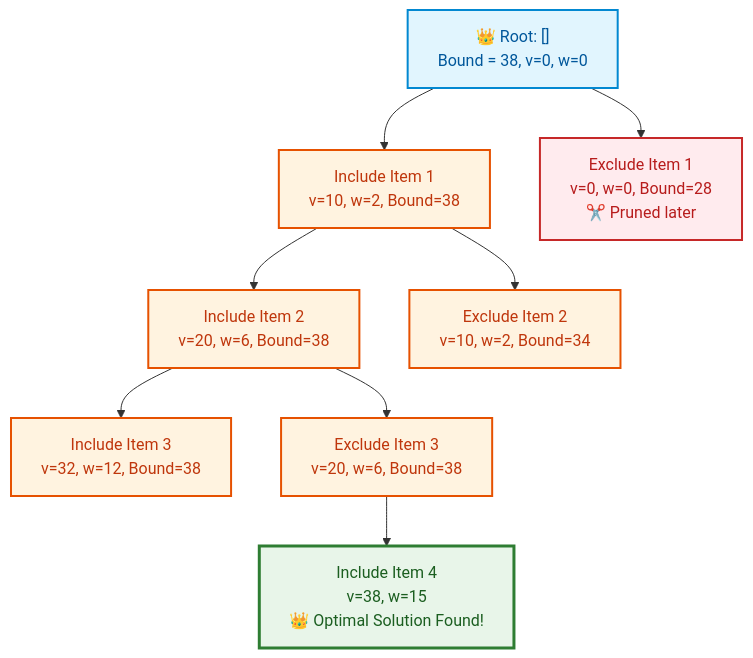
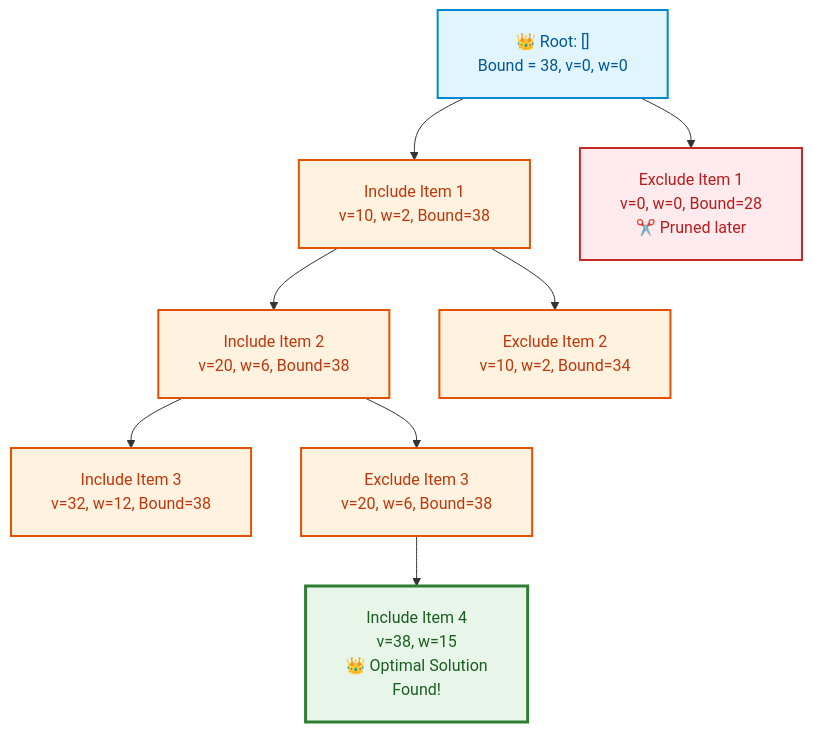
The fifth of 5 diagrams in week_13_backtracking_and_branch_bound/Week_13_Visual_Concepts_Playbook_HYBRID.md (dip4k/DSA_102), drawn with Mermaid before and after one commit. The commit also changed other lines of this file and 108 other files, not shown here.

First line of the commit message:
fix(mermaid): resolve diagram clipping, padding, and syntax issues across repo

````diff
--- a/week_13_backtracking_and_branch_bound/Week_13_Visual_Concepts_Playbook_HYBRID.md
+++ b/week_13_backtracking_and_branch_bound/Week_13_Visual_Concepts_Playbook_HYBRID.md
@@ -1342,30 +1346,31 @@
 ```mermaid
+%%{init: {"flowchart": {"htmlLabels": true, "padding": 20}}}%%
 graph TD
     classDef rootNode fill:#e1f5fe,stroke:#0288d1,stroke-width:2px,color:#01579b
     classDef branch fill:#fff3e0,stroke:#e65100,stroke-width:2px,color:#bf360c
     classDef bestNode fill:#e8f5e9,stroke:#2e7d32,stroke-width:3px,color:#1b5e20
     classDef prunedNode fill:#ffebee,stroke:#c62828,stroke-width:2px,color:#b71c1c
 
     Root["👑 Root: []<br/>Bound = 38, v=0, w=0"]:::rootNode
 
     Inc1["Include Item 1<br/>v=10, w=2, Bound=38"]:::branch
     Exc1["Exclude Item 1<br/>v=0, w=0, Bound=28<br/>✂️ Pruned later"]:::prunedNode
 
     Root --> Inc1
     Root --> Exc1
 
     Inc2["Include Item 2<br/>v=20, w=6, Bound=38"]:::branch
     Exc2["Exclude Item 2<br/>v=10, w=2, Bound=34"]:::branch
 
     Inc1 --> Inc2
     Inc1 --> Exc2
 
     Inc3["Include Item 3<br/>v=32, w=12, Bound=38"]:::branch
     Exc3["Exclude Item 3<br/>v=20, w=6, Bound=38"]:::branch
 
     Inc2 --> Inc3
     Inc2 --> Exc3
 
-    Opt["Include Item 4<br/>v=38, w=15<br/>👑 Optimal Solution Found!"]:::bestNode
+    Opt["Include Item 4<br/>v=38, w=15<br/>👑 Optimal Solution<br/>Found!"]:::bestNode
     Exc3 --> Opt
 ```
````
